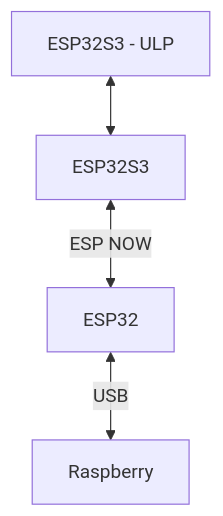
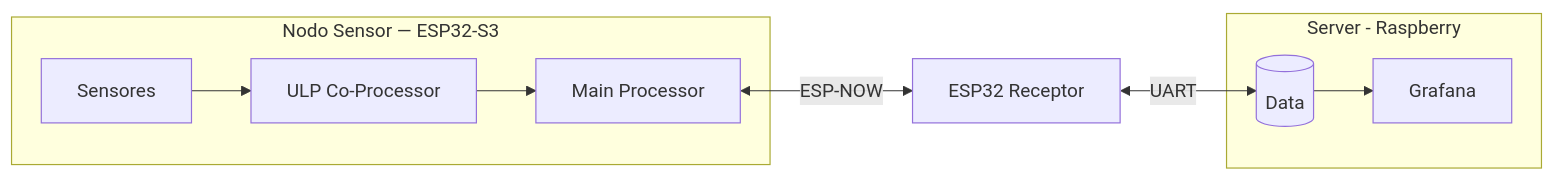
The diagram in README.md (iglesias-daniel/weather_station), drawn with Mermaid before and after one commit.

Commit message:
improve architecture

```diff
--- a/README.md
+++ b/README.md
@@ -6,8 +6,16 @@
 ~~~mermaid
-flowchart TB
-A[ESP32S3 - ULP] <--> B
-B[ESP32S3] <-->|ESP NOW| C
-C[ESP32] <-->|USB| D
-D[Raspberry]
+flowchart LR
+    subgraph Nodo["Nodo Sensor — ESP32-S3"]
+        S[Sensores] --> ULP[ULP Co-Processor]
+        ULP --> Main[Main Processor]
+    end
+
+    Main <-->|ESP-NOW| RX[ESP32 Receptor]
+
+    RX<-->|UART|RP[(Data)]
+
+    subgraph Gateway["Server - Raspberry"]
+        RP --> Graf[Grafana]
+    end
 
 ~~~
```
